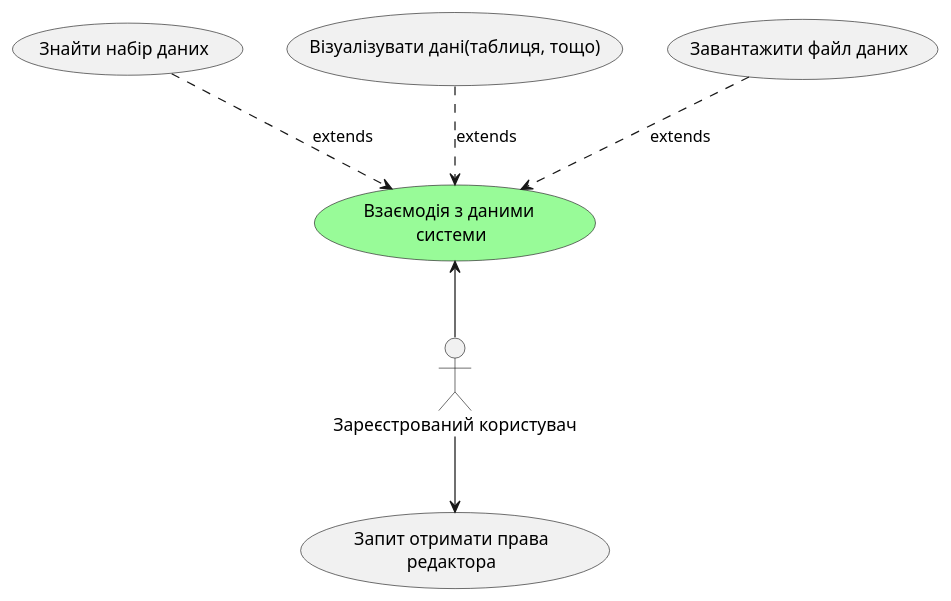
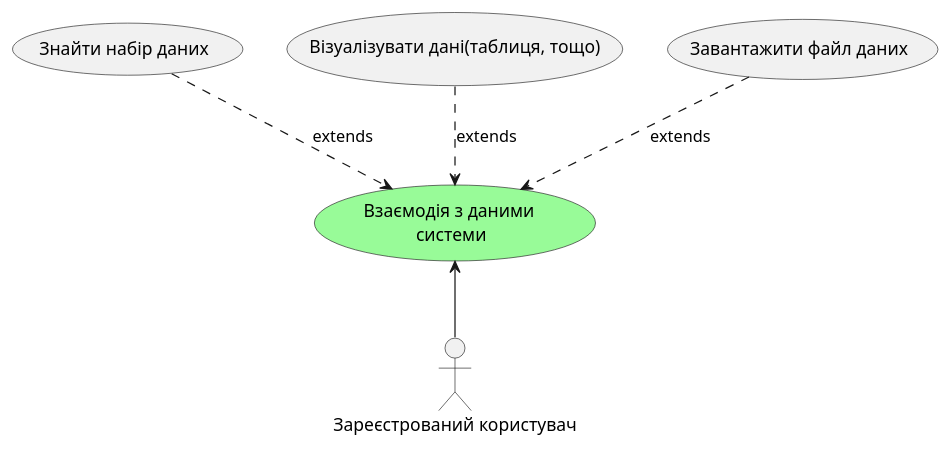
One commit to boldak/edu-db-cw changed the third of 15 diagrams in docs/use cases/README.md. Above: the diagram before and after it, drawn with PlantUML. The commit also changed other lines of this file, not shown here.

```diff
--- a/docs/use cases/README.md
+++ b/docs/use cases/README.md
@@ -97,20 +79,18 @@
 @startuml
 
 "Зареєстрований користувач" as actor
 
 usecase "Взаємодія з даними \nсистеми" as DataInteract #palegreen
-usecase "Запит отримати права\nредактора" as ReqEditRights
 
 usecase "Знайти набір даних" as SearchData
 usecase "Візуалізувати дані(таблиця, тощо)" as VisualData
 usecase "Завантажити файл даних" as DownloadData
 
 actor -u-> DataInteract
-actor -d-> ReqEditRights
 
 SearchData .d.> DataInteract :extends
 VisualData .d.> DataInteract :extends
 DownloadData .d.> DataInteract :extends
 
 
 @enduml
```
